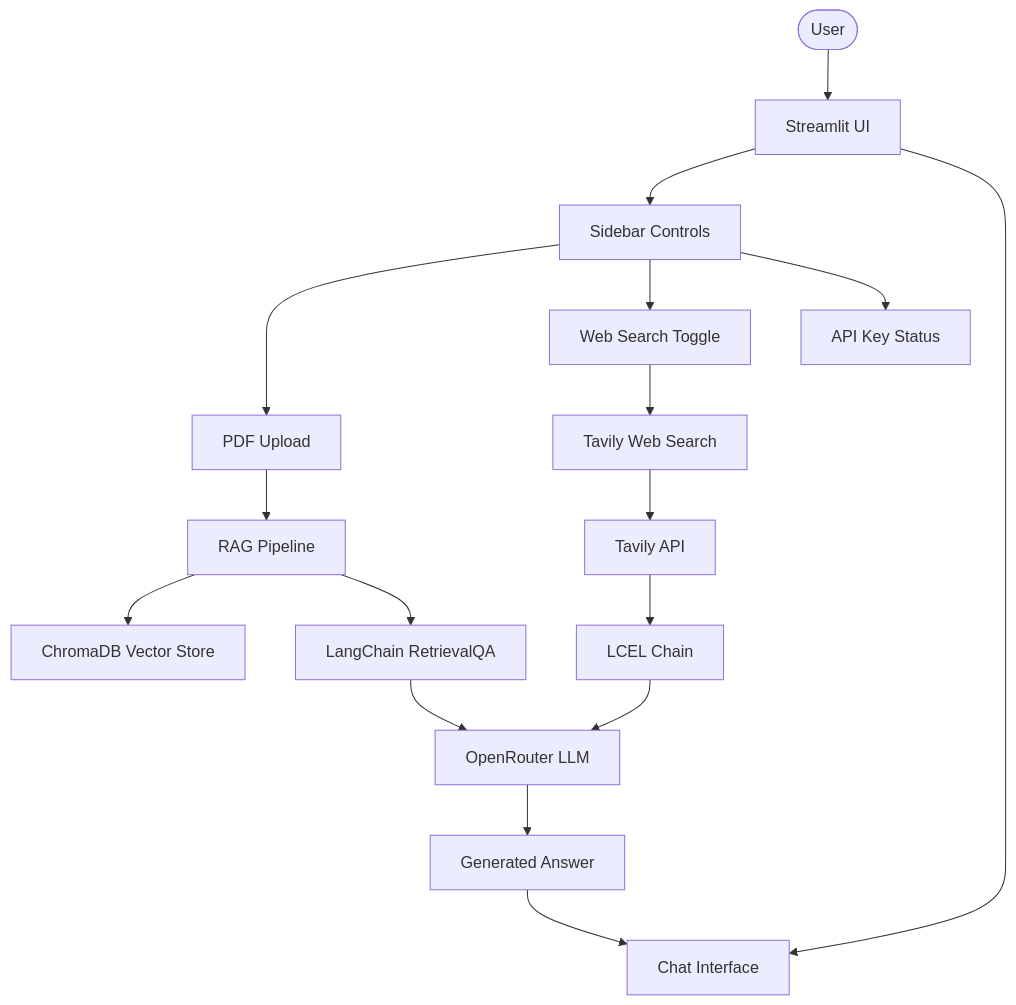
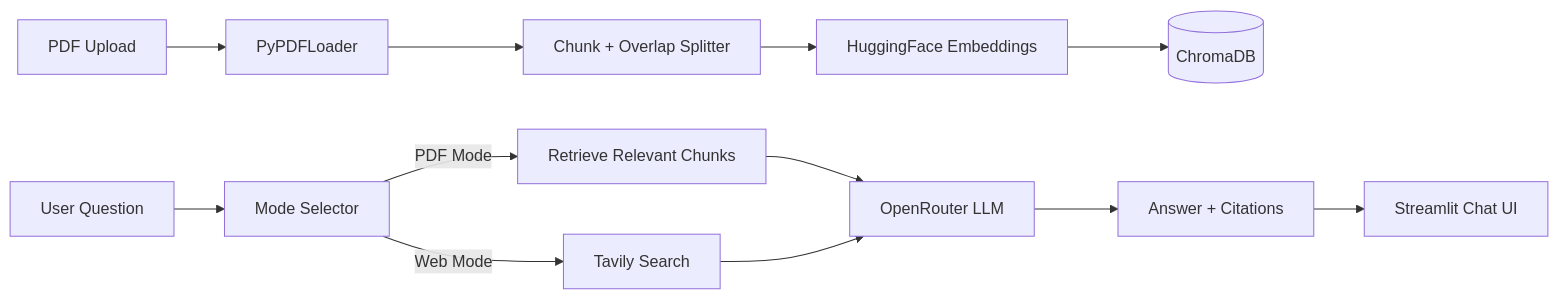
One commit to Areshi001/Context_ChatBot changed the diagram in README.md. Above: the diagram before and after it, drawn with Mermaid. The commit also changed other lines of this file, not shown here.

Commit message:
Revamp README with architecture and implementation diagram

````diff
--- a/README.md
+++ b/README.md
@@ -65,24 +39,14 @@
 ```mermaid
-graph TB
-    User([User]) --> Streamlit[Streamlit UI]
-    Streamlit --> Sidebar[Sidebar Controls]
-    Streamlit --> ChatArea[Chat Interface]
-
-    Sidebar --> PDFUpload[PDF Upload]
-    Sidebar --> WebMode[Web Search Toggle]
-    Sidebar --> APISettings[API Key Status]
-
-    PDFUpload --> RAGPipeline[RAG Pipeline]
-    WebMode --> TavilySearch[Tavily Web Search]
-
-    RAGPipeline --> ChromaDB[ChromaDB Vector Store]
-    RAGPipeline --> LangChain[LangChain RetrievalQA]
-    LangChain --> OpenRouter[OpenRouter LLM]
-
-    TavilySearch --> TavilyAPI[Tavily API]
-    TavilyAPI --> LCEL[LCEL Chain]
-    LCEL --> OpenRouter
-
-    OpenRouter --> Response[Generated Answer]
-    Response --> ChatArea
+flowchart LR
+    Upload[PDF Upload] --> Parse[PyPDFLoader]
+    Parse --> Chunk[Chunk + Overlap Splitter]
+    Chunk --> Embed[HuggingFace Embeddings]
+    Embed --> Store[(ChromaDB)]
+    Question[User Question] --> Mode[Mode Selector]
+    Mode -->|PDF Mode| Retrieve[Retrieve Relevant Chunks]
+    Mode -->|Web Mode| Search[Tavily Search]
+    Retrieve --> LLM[OpenRouter LLM]
+    Search --> LLM
+    LLM --> Answer[Answer + Citations]
+    Answer --> UI[Streamlit Chat UI]
 ```
````
